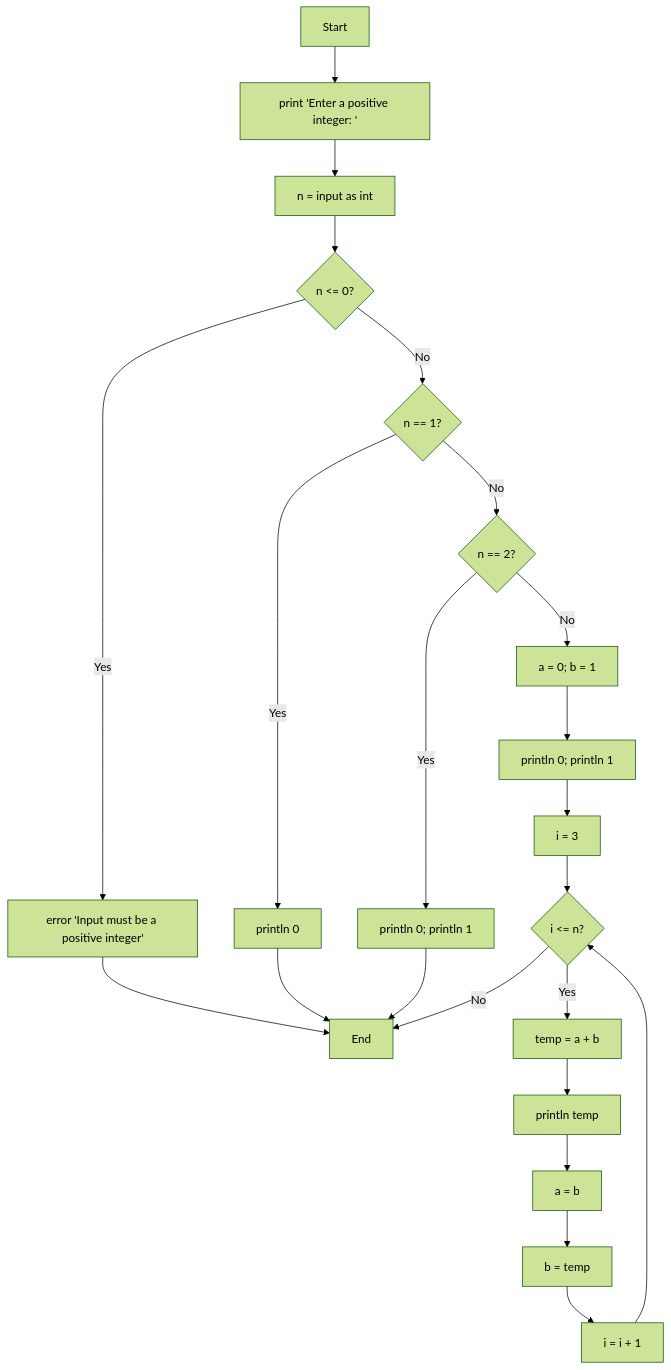
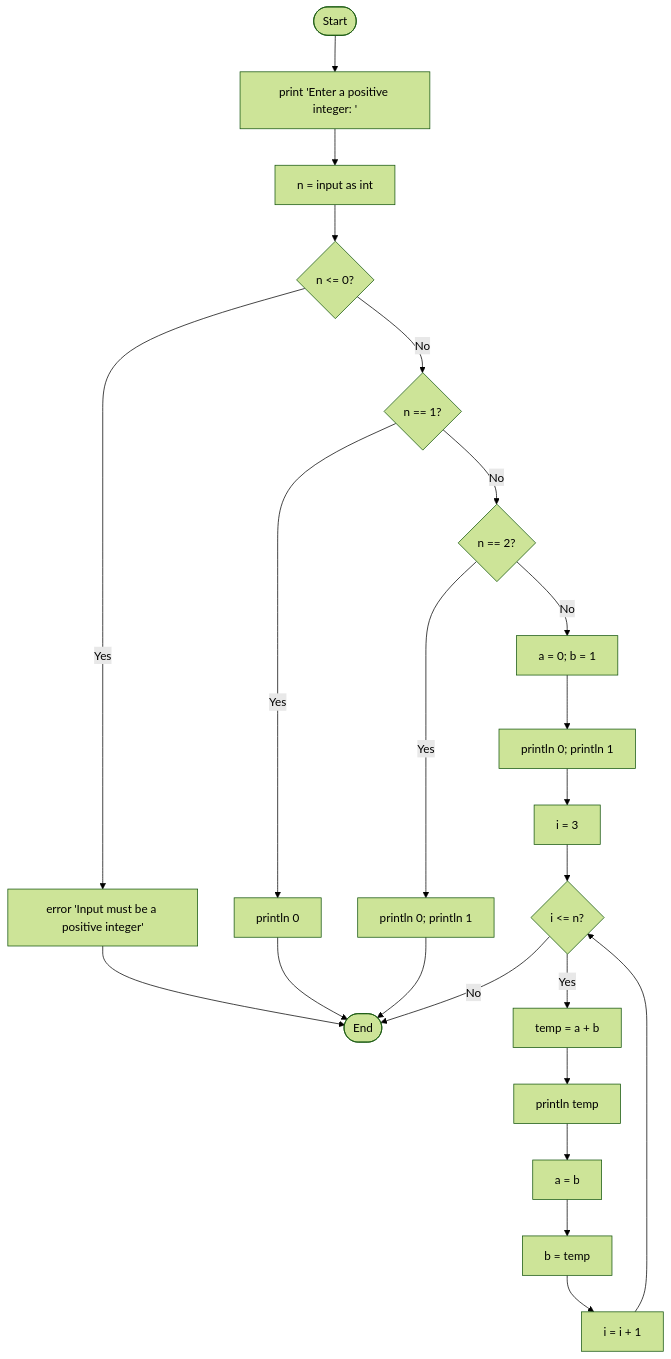
Before and after one commit to koki-develop/merx: the diagram in examples/fibonacci.mmd, drawn with Mermaid (forest theme). The commit also changed 8 other files, not shown here.

```diff
--- a/examples/fibonacci.mmd
+++ b/examples/fibonacci.mmd
@@ -1,23 +1,23 @@
 flowchart TD
-    Start --> A[print 'Enter a positive integer: ']
+    Start([Start]) --> A[print 'Enter a positive integer: ']
     A --> B[n = input as int]
     B --> C{n <= 0?}
     C -->|Yes| D[error 'Input must be a positive integer']
-    D --> End
+    D --> End([End])
     C -->|No| E{n == 1?}
     E -->|Yes| F[println 0]
     F --> End
     E -->|No| G{n == 2?}
     G -->|Yes| H[println 0; println 1]
     H --> End
     G -->|No| I[a = 0; b = 1]
     I --> J[println 0; println 1]
     J --> K[i = 3]
     K --> L{i <= n?}
     L -->|No| End
     L -->|Yes| M[temp = a + b]
     M --> N[println temp]
     N --> O[a = b]
     O --> P[b = temp]
     P --> Q[i = i + 1]
     Q --> L
```
